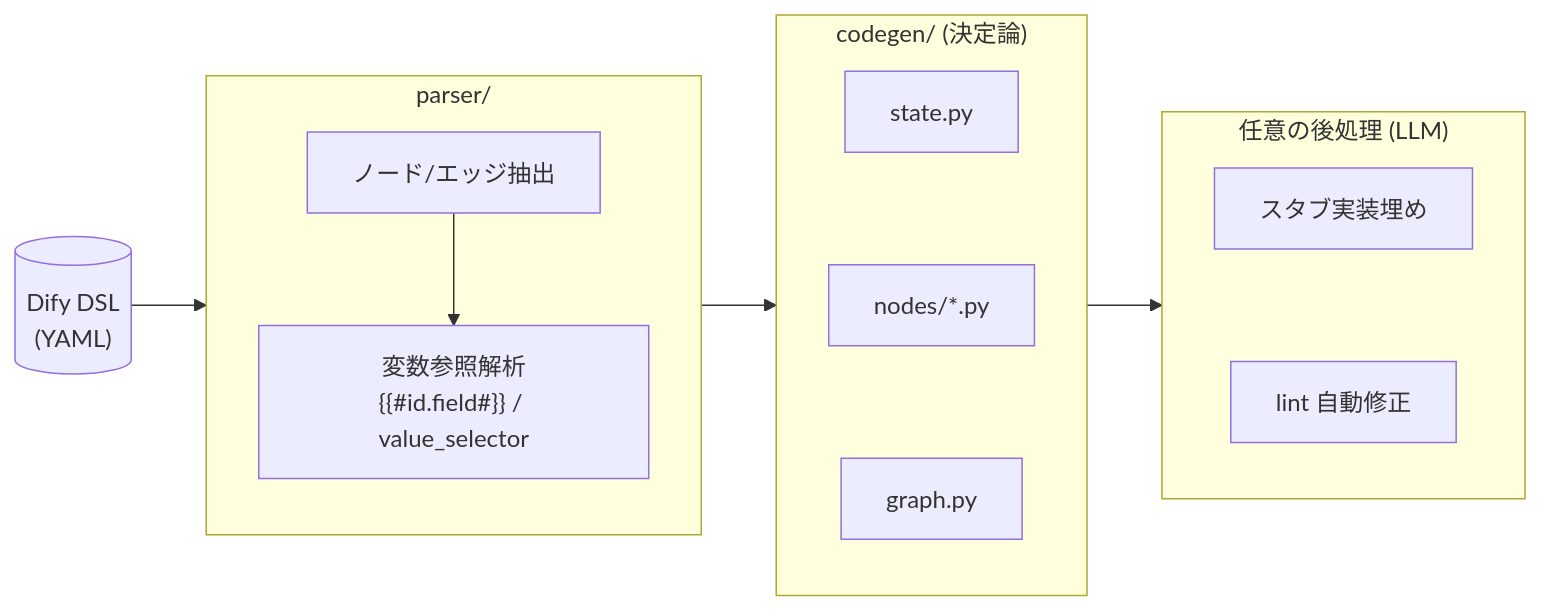
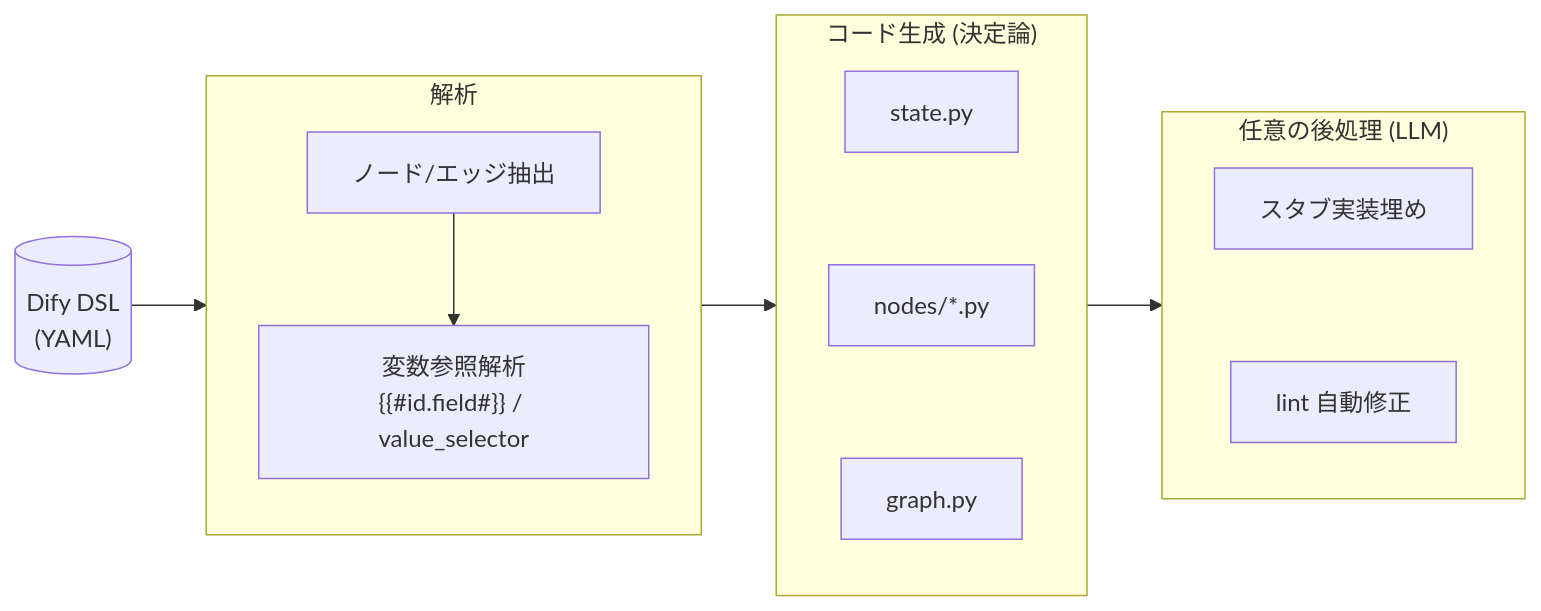
Before and after one commit to o02c/dify-workflow-to-langgraph: the diagram in README.md, drawn with Mermaid. The commit also changed other lines of this file and 15 other files, not shown here.

````diff
--- a/README.md
+++ b/README.md
@@ -11,15 +11,15 @@
 ```mermaid
 flowchart LR
     DSL[("Dify DSL<br/>(YAML)")] --> Parser
-    subgraph Parser["parser/"]
+    subgraph Parser["解析"]
         P1[ノード/エッジ抽出] --> P2["変数参照解析<br/>{{#id.field#}} / value_selector"]
     end
     Parser --> Codegen
-    subgraph Codegen["codegen/ (決定論)"]
+    subgraph Codegen["コード生成 (決定論)"]
         C1[state.py] ~~~ C2[nodes/*.py] ~~~ C3[graph.py]
     end
     Codegen --> Opt
     subgraph Opt["任意の後処理 (LLM)"]
         O1[スタブ実装埋め] ~~~ O2[lint 自動修正]
     end
 ```
````
